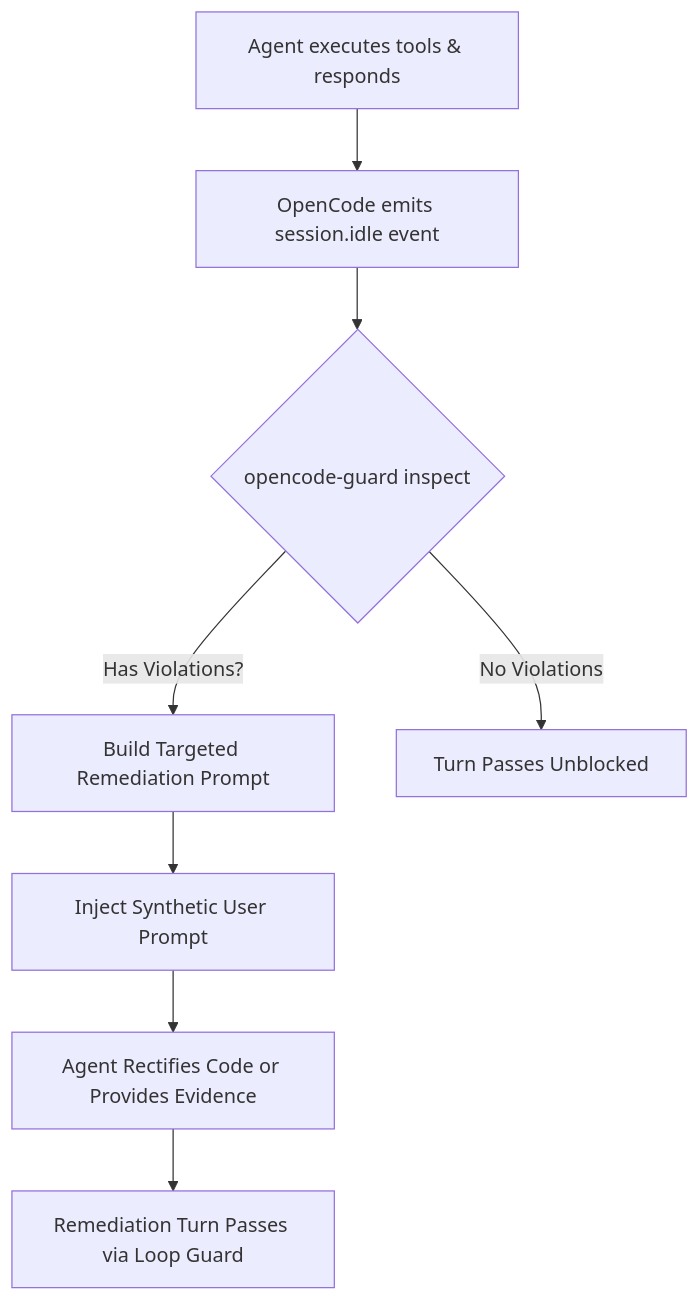
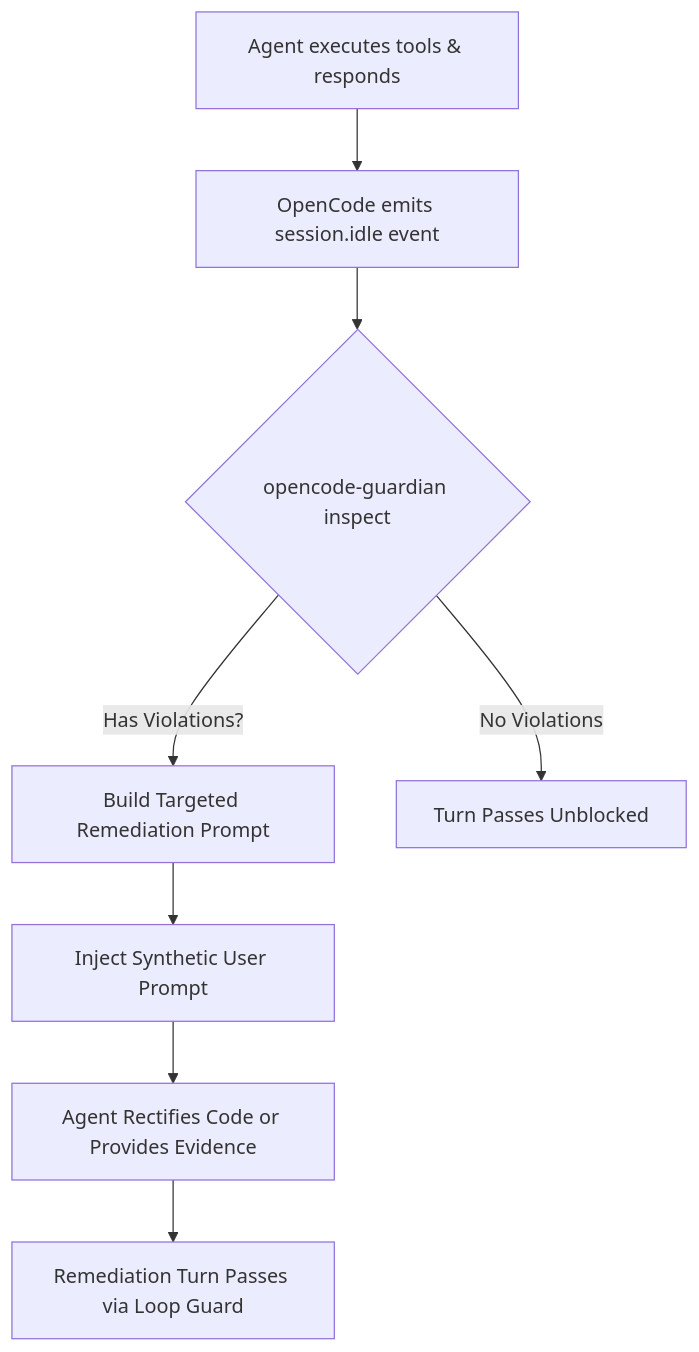
Before and after one commit to huseyincig/opencode-guard: the diagram in README.md, drawn with Mermaid. The commit also changed other lines of this file and 10 other files, not shown here.

Commit message:
feat(rename): rename package to opencode-guardian for npm release

````diff
--- a/README.md
+++ b/README.md
@@ -122,10 +124,10 @@
 ```mermaid
 flowchart TD
     A[Agent executes tools & responds] --> B[OpenCode emits session.idle event]
-    B --> C{opencode-guard inspect}
+    B --> C{opencode-guardian inspect}
     C -->|Has Violations?| D[Build Targeted Remediation Prompt]
     D --> E[Inject Synthetic User Prompt]
     E --> F[Agent Rectifies Code or Provides Evidence]
     F --> G[Remediation Turn Passes via Loop Guard]
     C -->|No Violations| H[Turn Passes Unblocked]
 ```
````
